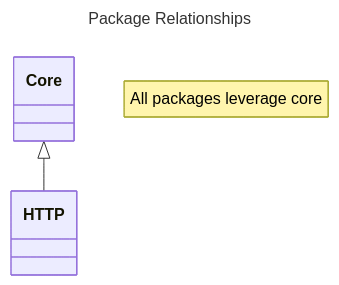
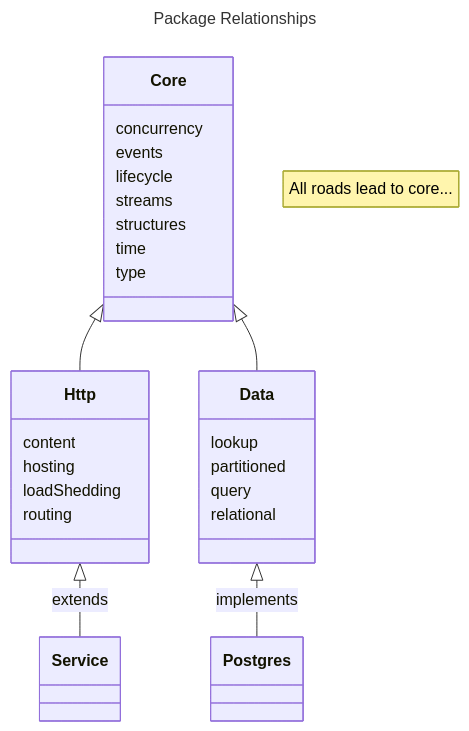
Before and after one commit to telefrek/granada: the diagram in packages/README.md, drawn with Mermaid. The commit also changed other lines of this file and 132 other files, not shown here.

````diff
--- a/packages/README.md
+++ b/packages/README.md
@@ -5,8 +5,32 @@
 ```mermaid
 ---
 title: Package Relationships
 ---
 classDiagram
-    note "All packages leverage core"
-    Core <|-- HTTP
+    class Core{
+        concurrency
+        events
+        lifecycle
+        streams
+        structures
+        time
+        type
+    }
+    class Data{
+        lookup
+        partitioned
+        query
+        relational
+    }
+    class Http{
+        content
+        hosting
+        loadShedding
+        routing
+    }
+    note "All roads lead to core..."
+    Core <|-- Http
+    Core <|-- Data
+    Data <|-- Postgres : implements
+    Http <|-- Service : extends
 ```
````
